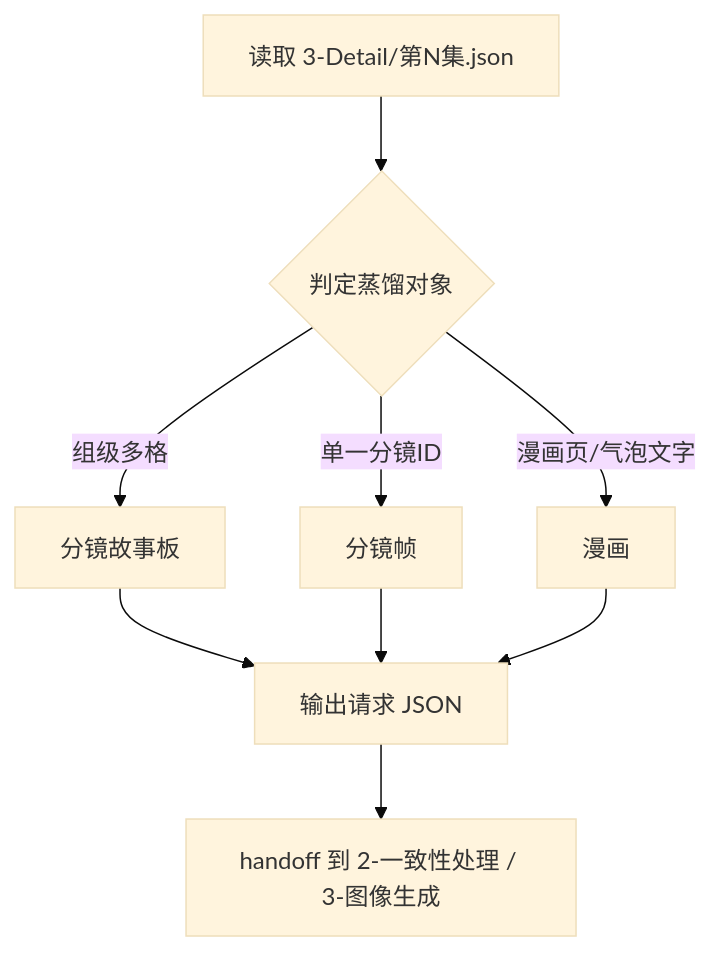
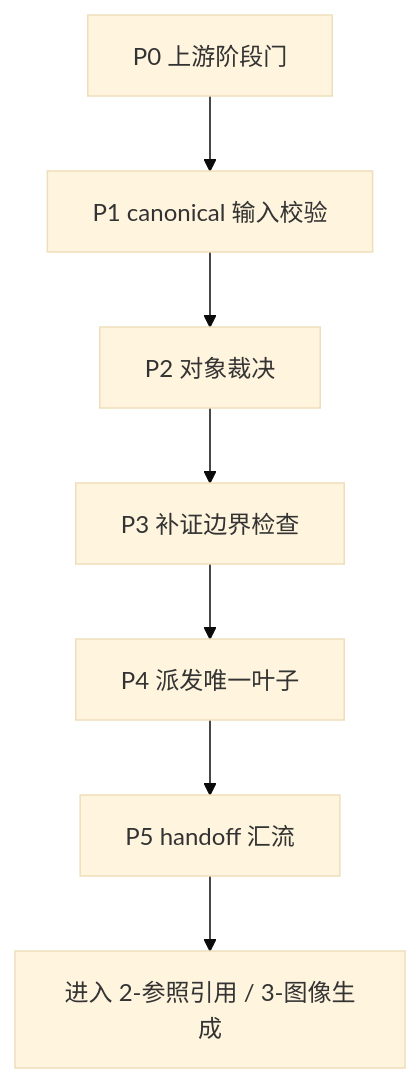
One commit to ZEN-VOID/AI-CUT changed the first of 4 diagrams in .agents/skills/aigc/5-Image/1-提示词蒸馏/SKILL.md. Above: the diagram before and after it, drawn with Mermaid (base theme). The commit also changed other lines of this file and 70 other files, not shown here.

````diff
--- a/.agents/skills/aigc/5-Image/1-提示词蒸馏/SKILL.md
+++ b/.agents/skills/aigc/5-Image/1-提示词蒸馏/SKILL.md
@@ -64,11 +177,9 @@
 ```mermaid
 flowchart TD
-    A["读取 3-Detail/第N集.json"] --> B{"判定蒸馏对象"}
-    B -->|"组级多格"| C["分镜故事板"]
-    B -->|"单一分镜ID"| D["分镜帧"]
-    B -->|"漫画页/气泡文字"| E["漫画"]
-    C --> F["输出请求 JSON"]
-    D --> F
-    E --> F
-    F --> G["handoff 到 2-一致性处理 / 3-图像生成"]
+    A["P0 上游阶段门"] --> B["P1 canonical 输入校验"]
+    B --> C["P2 对象裁决"]
+    C --> D["P3 补证边界检查"]
+    D --> E["P4 派发唯一叶子"]
+    E --> F["P5 handoff 汇流"]
+    F --> G["进入 2-参照引用 / 3-图像生成"]
 ```
````
